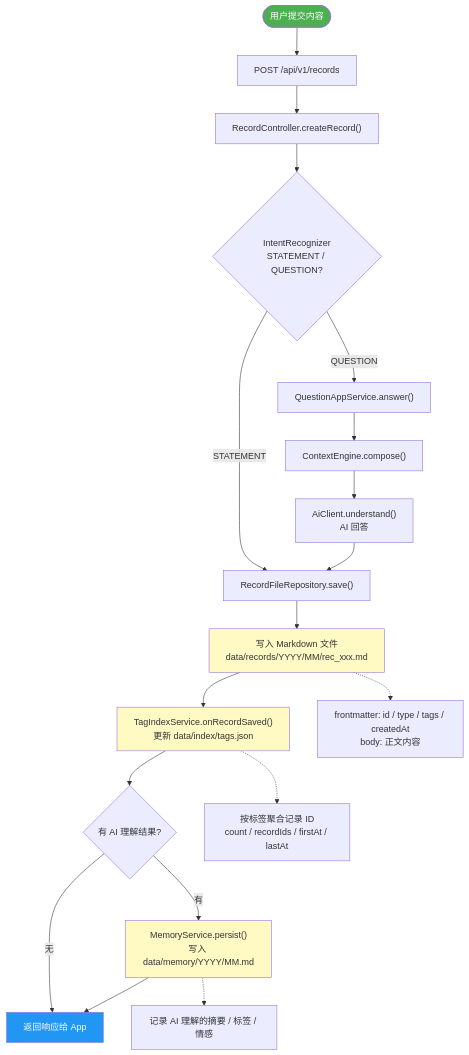
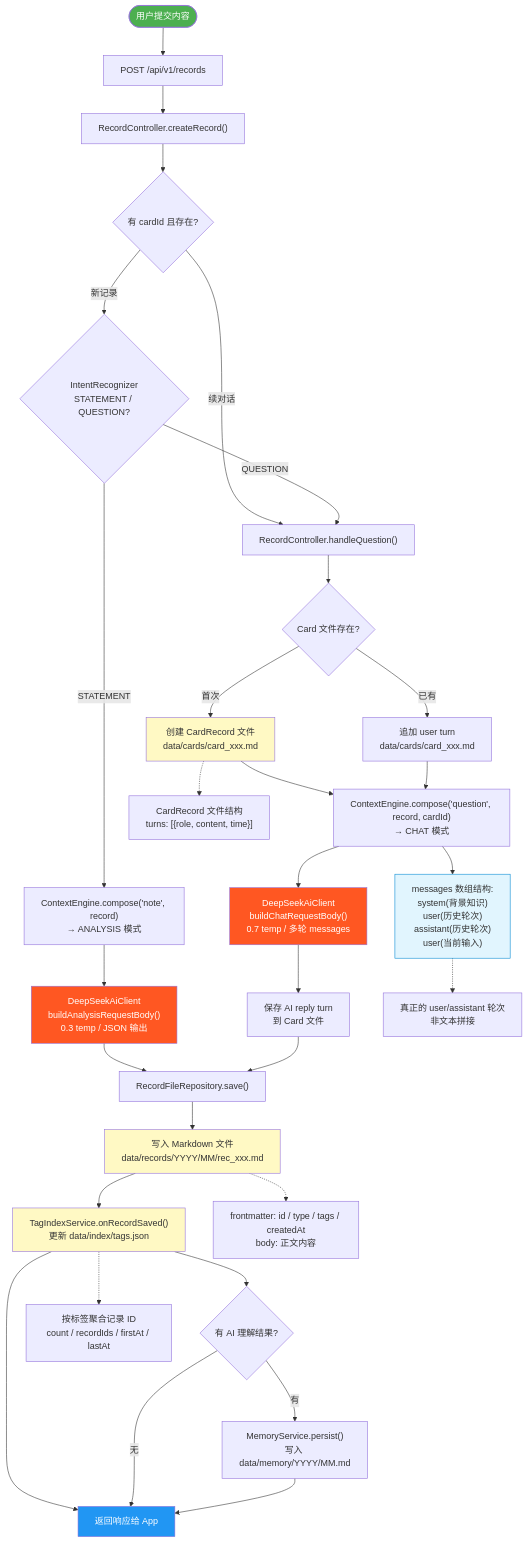
Before and after one commit to adaios/adaios: the second of 4 diagrams in docs/architecture/system-architecture.md, drawn with Mermaid. The commit also changed other lines of this file and 9 other files, not shown here.

First line of the commit message:
feat: AI 双模式调用 — ANALYSIS(打标签) / CHAT(多轮对话)

````diff
--- a/docs/architecture/system-architecture.md
+++ b/docs/architecture/system-architecture.md
@@ -93,32 +98,48 @@
 ```mermaid
 flowchart TD
     Start(["用户提交内容"]) --> API["POST /api/v1/records"]
     API --> Controller["RecordController.createRecord()"]
-    Controller --> Intent{"IntentRecognizer<br/>STATEMENT / QUESTION?"}
+    Controller --> CardCheck{"有 cardId 且存在?"}
 
-    Intent -->|STATEMENT| SaveRecord["RecordFileRepository.save()"]
-    Intent -->|QUESTION| QAService["QuestionAppService.answer()"]
-    QAService --> Context["ContextEngine.compose()"]
-    Context --> QAAI["AiClient.understand()<br/>AI 回答"]
-    QAAI --> SaveRecord
+    CardCheck -->|续对话| HandleQ["RecordController.handleQuestion()"]
+    CardCheck -->|新记录| Intent{"IntentRecognizer<br/>STATEMENT / QUESTION?"}
+
+    Intent -->|STATEMENT| Context["ContextEngine.compose('note', record)<br/>→ ANALYSIS 模式"]
+    Context --> AiAnalysis["DeepSeekAiClient<br/>buildAnalysisRequestBody()<br/>0.3 temp / JSON 输出"]
+    AiAnalysis --> SaveRecord["RecordFileRepository.save()"]
+
+    Intent -->|QUESTION| HandleQ
+    HandleQ --> CardCreate{"Card 文件存在?"}
+    CardCreate -->|首次| NewCard["创建 CardRecord 文件<br/>data/cards/card_xxx.md"]
+    CardCreate -->|已有| AppendCard["追加 user turn<br/>data/cards/card_xxx.md"]
+
+    NewCard --> QContext["ContextEngine.compose('question', record, cardId)<br/>→ CHAT 模式"]
+    AppendCard --> QContext
+    QContext --> ChatAI["DeepSeekAiClient<br/>buildChatRequestBody()<br/>0.7 temp / 多轮 messages"]
+    QContext --> MessageFlow["messages 数组结构:<br/>system(背景知识)<br/>user(历史轮次)<br/>assistant(历史轮次)<br/>user(当前输入)"]
+    ChatAI --> SaveCard["保存 AI reply turn<br/>到 Card 文件"]
+    SaveCard --> SaveRecord
 
     SaveRecord --> WriteFile["写入 Markdown 文件<br/>data/records/YYYY/MM/rec_xxx.md"]
     WriteFile --> TagIndex["TagIndexService.onRecordSaved()<br/>更新 data/index/tags.json"]
+    TagIndex --> Done["返回响应给 App"]
     TagIndex --> Enrich{"有 AI 理解结果?"}
-
     Enrich -->|有| Memory["MemoryService.persist()<br/>写入 data/memory/YYYY/MM.md"]
-    Enrich -->|无| Done["返回响应给 App"]
-
+    Enrich -->|无| Done
     Memory --> Done
 
     %% 文件格式标注
     WriteFile -.-> FileDetail["frontmatter: id / type / tags / createdAt<br/>body: 正文内容"]
     TagIndex -.-> IndexDetail["按标签聚合记录 ID<br/>count / recordIds / firstAt / lastAt"]
-    Memory -.-> MemDetail["记录 AI 理解的摘要 / 标签 / 情感"]
+    NewCard -.-> CardDetail["CardRecord 文件结构<br/>turns: [{role, content, time}]"]
+    MessageFlow -.-> MsgDetail["真正的 user/assistant 轮次<br/>非文本拼接"]
 
     style Start fill:#4caf50,color:#fff
     style Done fill:#2196f3,color:#fff
     style WriteFile fill:#fff9c4
     style TagIndex fill:#fff9c4
-    style Memory fill:#fff9c4
+    style NewCard fill:#fff9c4
+    style MessageFlow fill:#e1f5fe,stroke:#0288d1
+    style ChatAI fill:#ff5722,color:#fff
+    style AiAnalysis fill:#ff5722,color:#fff
 ```
````
